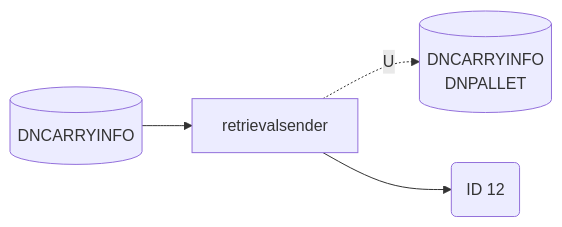
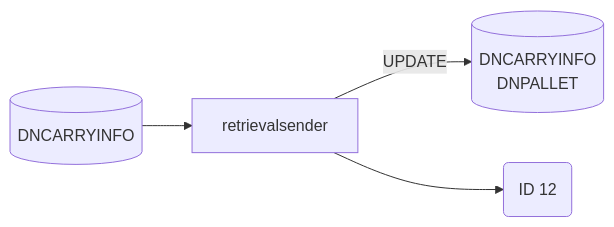
Before and after one commit to luthfiadityaa/SimeDarby-Wiki: the fourth of 9 diagrams in Basic-Design/DFD-WMS/Retrieval/Unplanned-Retrieval-from-HP-Area.md, drawn with Mermaid.

Commit message:
Updated Unplanned Retrieval from HP Area

```diff
--- a/Basic-Design/DFD-WMS/Retrieval/Unplanned-Retrieval-from-HP-Area.md
+++ b/Basic-Design/DFD-WMS/Retrieval/Unplanned-Retrieval-from-HP-Area.md
@@ -204,19 +204,19 @@
 ::: mermaid
 flowchart LR
 
 retrievalsender-input[("
 DNCARRYINFO
 ")]
 
 retrievalsender-update[("
 DNCARRYINFO
 DNPALLET
 ")]
 
 id12msg("
 ID 12
 ")
 
-retrievalsender-input-->retrievalsender-.U.->retrievalsender-update
+retrievalsender-input-->retrievalsender--> |UPDATE| retrievalsender-update
 retrievalsender-->id12msg
 :::
```
